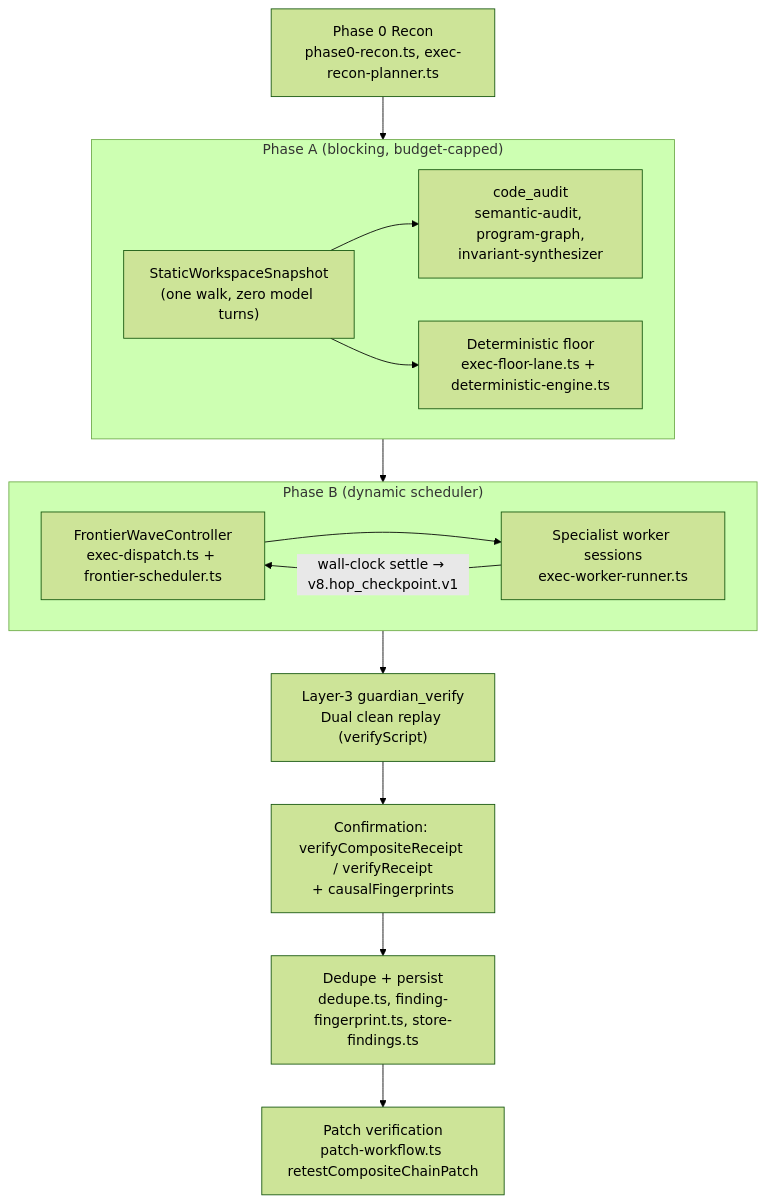
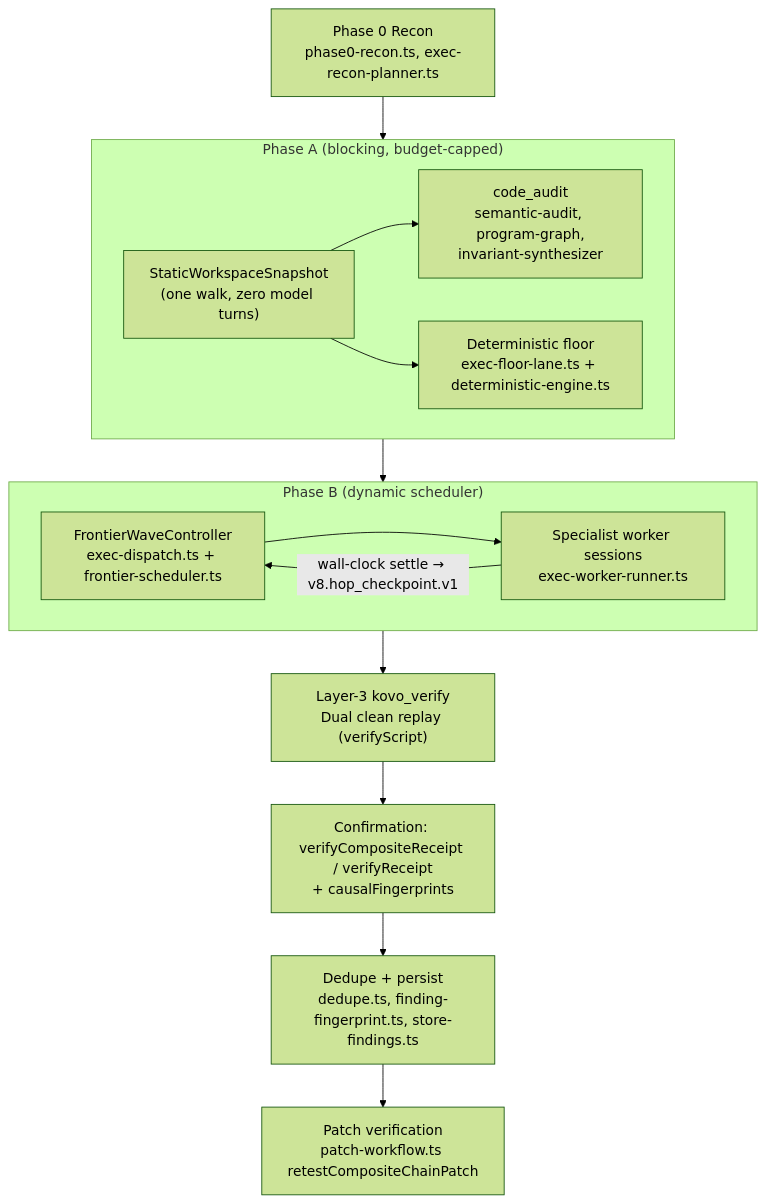
One commit to kovo-sh/kovo changed the second of 5 diagrams in ARCHITECTURE.md. Above: the diagram before and after it, drawn with Mermaid (forest theme). The commit also changed other lines of this file and 43 other files, not shown here.

Commit message:
chore: rename UI, styles, config, and docs from Guardian to Kovo Hunter (Stream 3)

````diff
--- a/ARCHITECTURE.md
+++ b/ARCHITECTURE.md
@@ -122,17 +122,17 @@
 ```mermaid
 flowchart TD
   P0["Phase 0 Recon<br/>phase0-recon.ts, exec-recon-planner.ts"] --> PA
   subgraph PA["Phase A (blocking, budget-capped)"]
     SNAP["StaticWorkspaceSnapshot<br/>(one walk, zero model turns)"] --> CA["code_audit<br/>semantic-audit, program-graph,<br/>invariant-synthesizer"]
     SNAP --> FL["Deterministic floor<br/>exec-floor-lane.ts + deterministic-engine.ts"]
   end
   PA --> PB
   subgraph PB["Phase B (dynamic scheduler)"]
     FW["FrontierWaveController<br/>exec-dispatch.ts + frontier-scheduler.ts"] --> WK["Specialist worker sessions<br/>exec-worker-runner.ts"]
     WK -->|"wall-clock settle → v8.hop_checkpoint.v1"| FW
   end
-  PB --> L3["Layer-3 guardian_verify<br/>Dual clean replay (verifyScript)"]
+  PB --> L3["Layer-3 kovo_verify<br/>Dual clean replay (verifyScript)"]
   L3 --> CF["Confirmation: verifyCompositeReceipt / verifyReceipt<br/>+ causalFingerprints"]
   CF --> DD["Dedupe + persist<br/>dedupe.ts, finding-fingerprint.ts, store-findings.ts"]
   DD --> PV["Patch verification<br/>patch-workflow.ts retestCompositeChainPatch"]
 ```
````
